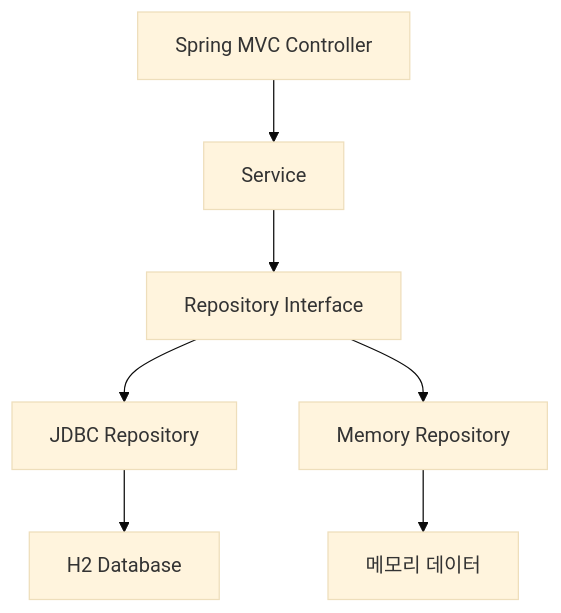
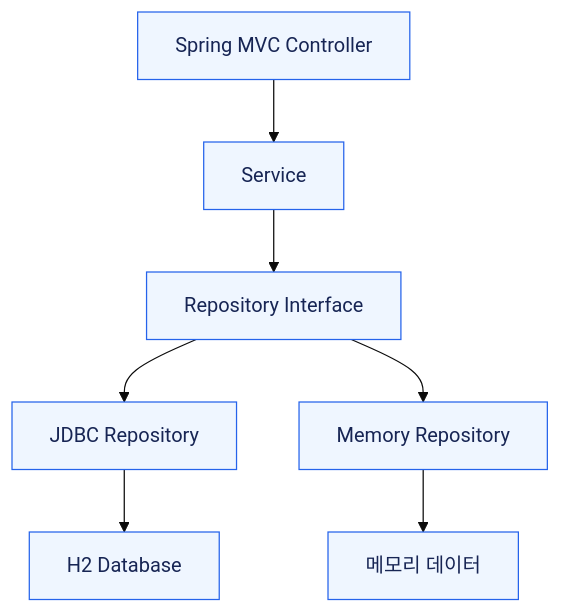
Before and after one commit to ZANDHIFORCE/Minuet_project: the first of 2 diagrams in README.md, drawn with Mermaid (base theme). The commit also changed other lines of this file and 2 other files, not shown here.

Commit message:
docs: improve diagram readability and responsive GitHub layout

````diff
--- a/README.md
+++ b/README.md
@@ -34,9 +37,10 @@
 ```mermaid
 flowchart TD
     C[Spring MVC Controller] --> S[Service]
     S --> I[Repository Interface]
     I --> J[JDBC Repository]
     I --> M[Memory Repository]
     J --> H[H2 Database]
     M --> D[메모리 데이터]
+    classDef default fill:#eff6ff,stroke:#2563eb,color:#172554
 ```
````
